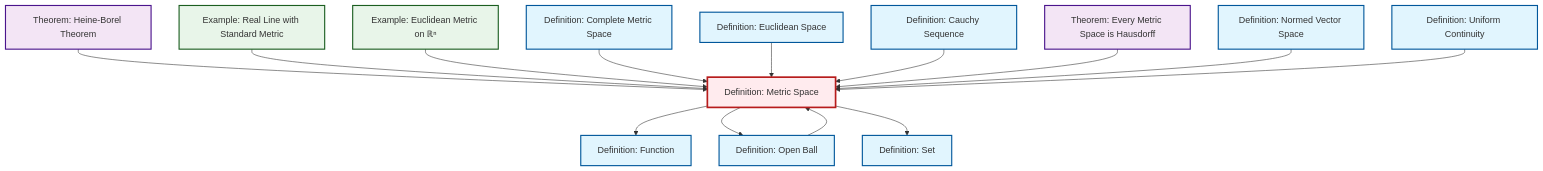
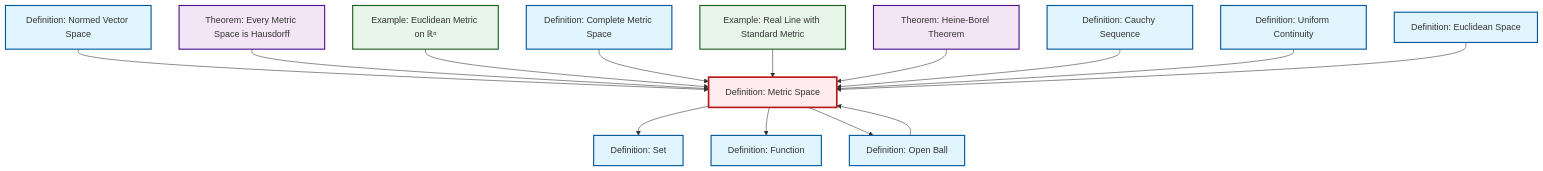
Before and after one commit to RK0429/ModernMath: the diagram in content/en/analysis/def-metric-space.qmd, drawn with Mermaid. The commit also changed other lines of this file and 1012 other files, not shown here.

````diff
--- a/content/en/analysis/def-metric-space.qmd
+++ b/content/en/analysis/def-metric-space.qmd
@@ -53,48 +53,48 @@
 ```{mermaid}
 %%| fig-cap: "Local dependency graph"
 graph TD
     classDef definition fill:#e1f5fe,stroke:#01579b,stroke-width:2px
     classDef theorem fill:#f3e5f5,stroke:#4a148c,stroke-width:2px
     classDef axiom fill:#fff3e0,stroke:#e65100,stroke-width:2px
     classDef example fill:#e8f5e9,stroke:#1b5e20,stroke-width:2px
     classDef current fill:#ffebee,stroke:#b71c1c,stroke-width:3px
+    ex-euclidean-metric["Example: Euclidean Metric on ℝⁿ"]:::example
+    def-euclidean-space["Definition: Euclidean Space"]:::definition
+    def-set["Definition: Set"]:::definition
+    def-open-ball["Definition: Open Ball"]:::definition
+    def-metric-space["Definition: Metric Space"]:::definition
+    ex-real-line-metric["Example: Real Line with Standard Metric"]:::example
+    def-function["Definition: Function"]:::definition
     thm-metric-hausdorff["Theorem: Every Metric Space is Hausdorff"]:::theorem
-    def-set["Definition: Set"]:::definition
+    def-complete-metric-space["Definition: Complete Metric Space"]:::definition
     def-uniform-continuity["Definition: Uniform Continuity"]:::definition
-    ex-euclidean-metric["Example: Euclidean Metric on ℝⁿ"]:::example
-    def-function["Definition: Function"]:::definition
-    ex-real-line-metric["Example: Real Line with Standard Metric"]:::example
+    thm-heine-borel["Theorem: Heine-Borel Theorem"]:::theorem
     def-cauchy-sequence["Definition: Cauchy Sequence"]:::definition
-    def-metric-space["Definition: Metric Space"]:::definition
-    def-complete-metric-space["Definition: Complete Metric Space"]:::definition
     def-normed-vector-space["Definition: Normed Vector Space"]:::definition
-    def-open-ball["Definition: Open Ball"]:::definition
-    thm-heine-borel["Theorem: Heine-Borel Theorem"]:::theorem
-    def-euclidean-space["Definition: Euclidean Space"]:::definition
+    def-metric-space --> def-set
+    def-normed-vector-space --> def-metric-space
+    def-metric-space --> def-function
+    thm-metric-hausdorff --> def-metric-space
+    ex-euclidean-metric --> def-metric-space
+    def-open-ball --> def-metric-space
+    def-complete-metric-space --> def-metric-space
+    ex-real-line-metric --> def-metric-space
     thm-heine-borel --> def-metric-space
-    ex-real-line-metric --> def-metric-space
-    ex-euclidean-metric --> def-metric-space
-    def-complete-metric-space --> def-metric-space
-    def-metric-space --> def-function
+    def-cauchy-sequence --> def-metric-space
+    def-metric-space --> def-open-ball
+    def-uniform-continuity --> def-metric-space
     def-euclidean-space --> def-metric-space
-    def-cauchy-sequence --> def-metric-space
-    thm-metric-hausdorff --> def-metric-space
-    def-normed-vector-space --> def-metric-space
-    def-uniform-continuity --> def-metric-space
-    def-open-ball --> def-metric-space
-    def-metric-space --> def-open-ball
-    def-metric-space --> def-set
     class def-metric-space current
+    click ex-euclidean-metric "ex-euclidean-metric.html" "Go to Euclidean Metric on ℝⁿ example"
+    click def-euclidean-space "def-euclidean-space.html" "Go to Euclidean Space definition"
+    click def-set "def-set.html" "Go to Set definition"
+    click def-open-ball "def-open-ball.html" "Go to Open Ball definition"
+    click ex-real-line-metric "ex-real-line-metric.html" "Go to Real Line with Standard Metric example"
+    click def-function "def-function.html" "Go to Function definition"
     click thm-metric-hausdorff "thm-metric-hausdorff.html" "Go to Every Metric Space is Hausdorff theorem"
-    click def-set "def-set.html" "Go to Set definition"
+    click def-complete-metric-space "def-complete-metric-space.html" "Go to Complete Metric Space definition"
     click def-uniform-continuity "def-uniform-continuity.html" "Go to Uniform Continuity definition"
-    click ex-euclidean-metric "ex-euclidean-metric.html" "Go to Euclidean Metric on ℝⁿ example"
-    click def-function "def-function.html" "Go to Function definition"
-    click ex-real-line-metric "ex-real-line-metric.html" "Go to Real Line with Standard Metric example"
+    click thm-heine-borel "thm-heine-borel.html" "Go to Heine-Borel Theorem theorem"
     click def-cauchy-sequence "def-cauchy-sequence.html" "Go to Cauchy Sequence definition"
-    click def-complete-metric-space "def-complete-metric-space.html" "Go to Complete Metric Space definition"
     click def-normed-vector-space "def-normed-vector-space.html" "Go to Normed Vector Space definition"
-    click def-open-ball "def-open-ball.html" "Go to Open Ball definition"
-    click thm-heine-borel "thm-heine-borel.html" "Go to Heine-Borel Theorem theorem"
-    click def-euclidean-space "def-euclidean-space.html" "Go to Euclidean Space definition"
 ```
````
